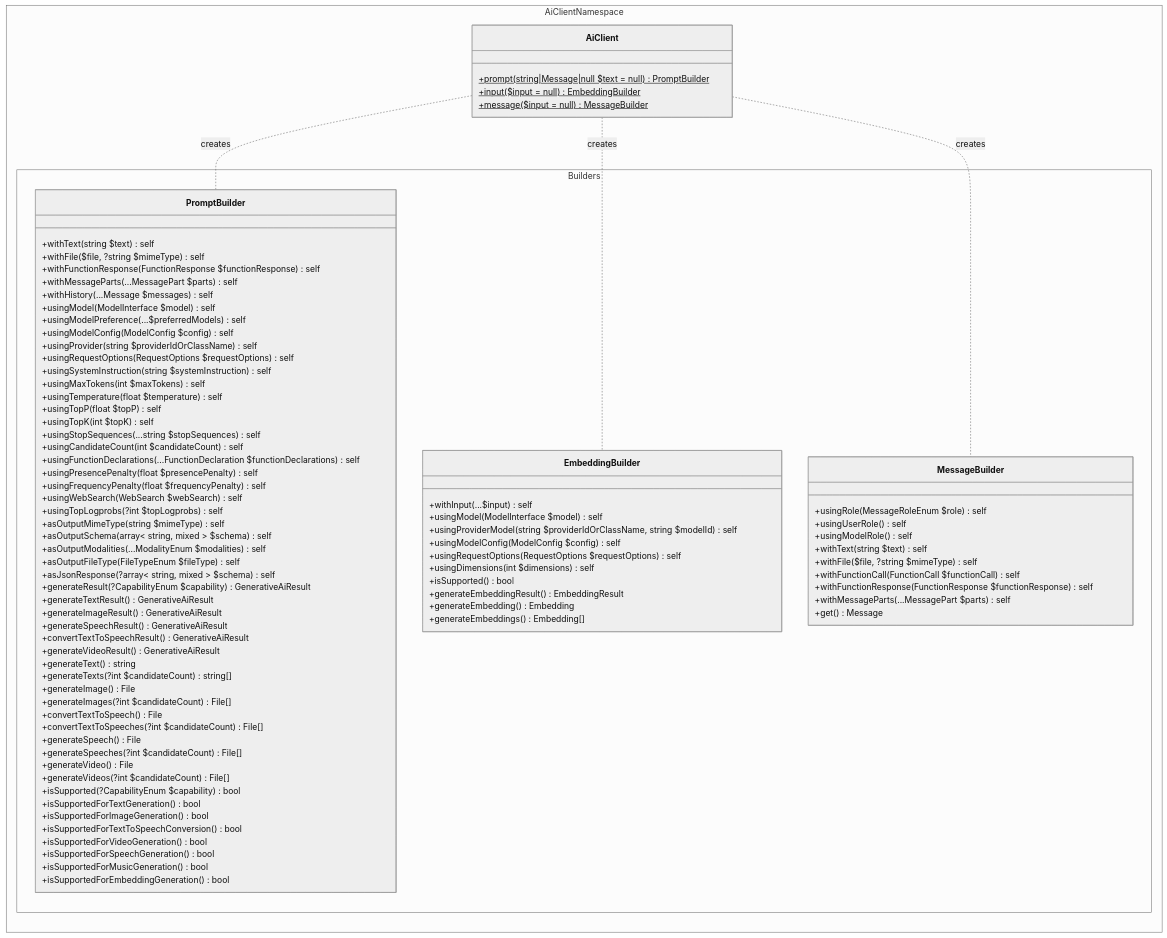
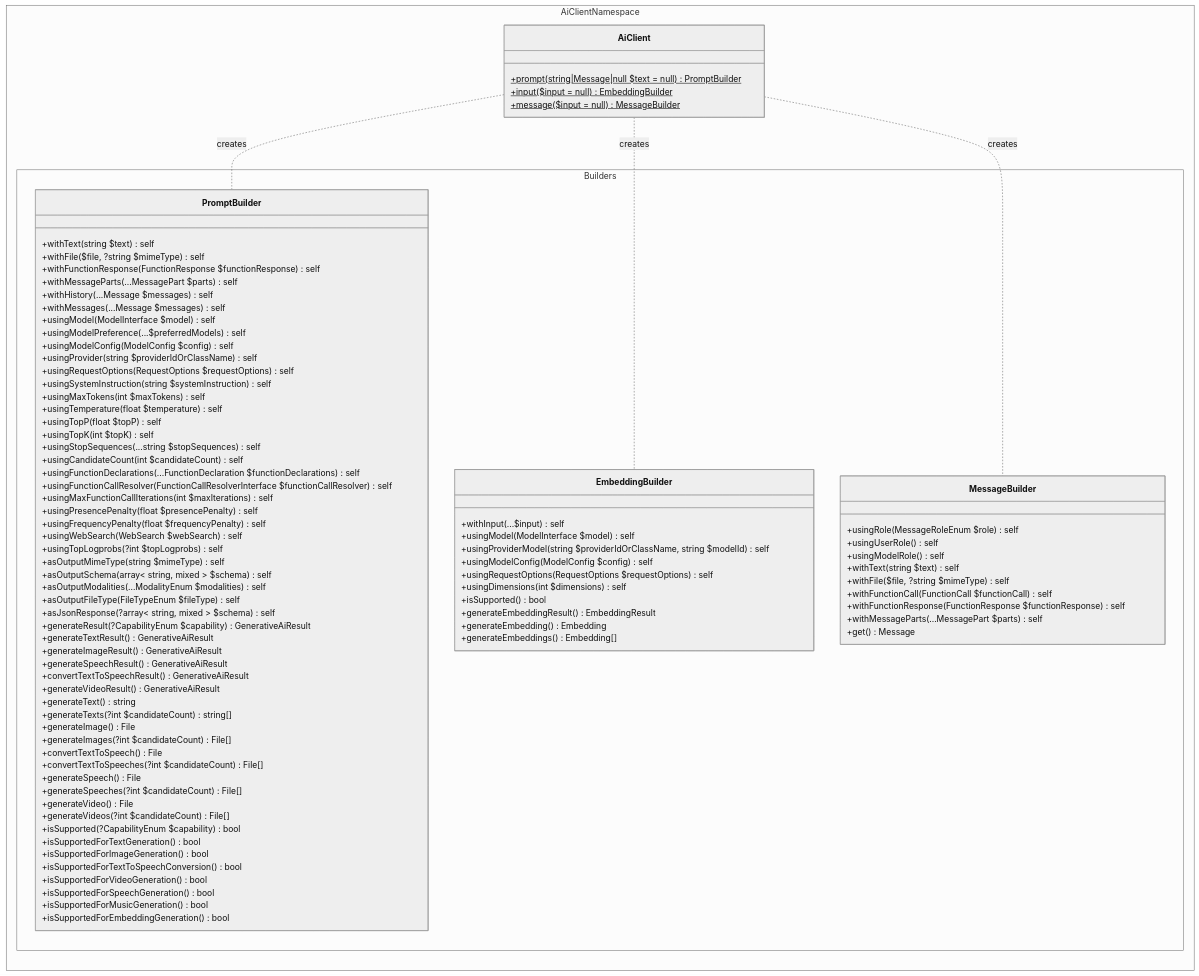
Before and after one commit to WordPress/php-ai-client: the first of 6 diagrams in docs/ARCHITECTURE.md, drawn with Mermaid (neutral theme). The commit also changed other lines of this file and 1 other file, not shown here.

Commit message:
Document automatic function call resolution

```diff
--- a/docs/ARCHITECTURE.md
+++ b/docs/ARCHITECTURE.md
@@ -375,6 +375,7 @@
             +withFunctionResponse(FunctionResponse $functionResponse) self
             +withMessageParts(...MessagePart $parts) self
             +withHistory(...Message $messages) self
+            +withMessages(...Message $messages) self
             +usingModel(ModelInterface $model) self
             +usingModelPreference(...$preferredModels) self
             +usingModelConfig(ModelConfig $config) self
@@ -388,6 +389,8 @@
             +usingStopSequences(...string $stopSequences) self
             +usingCandidateCount(int $candidateCount) self
             +usingFunctionDeclarations(...FunctionDeclaration $functionDeclarations) self
+            +usingFunctionCallResolver(FunctionCallResolverInterface $functionCallResolver) self
+            +usingMaxFunctionCallIterations(int $maxIterations) self
             +usingPresencePenalty(float $presencePenalty) self
             +usingFrequencyPenalty(float $frequencyPenalty) self
             +usingWebSearch(WebSearch $webSearch) self
```
